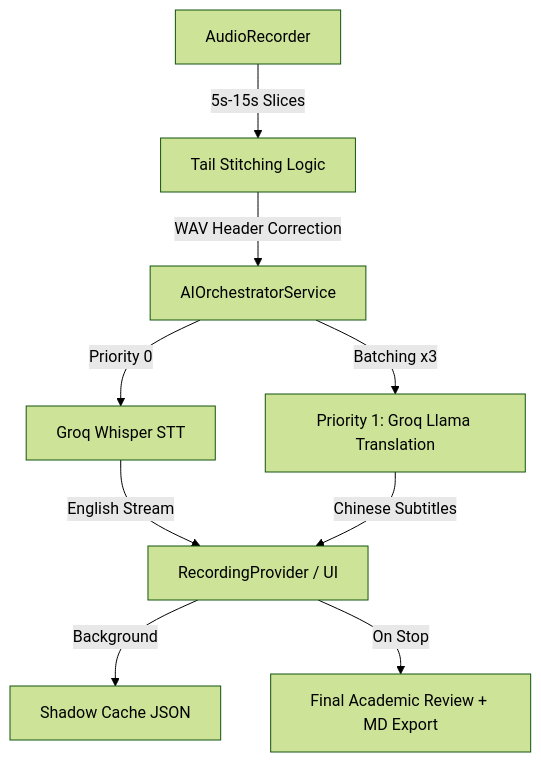
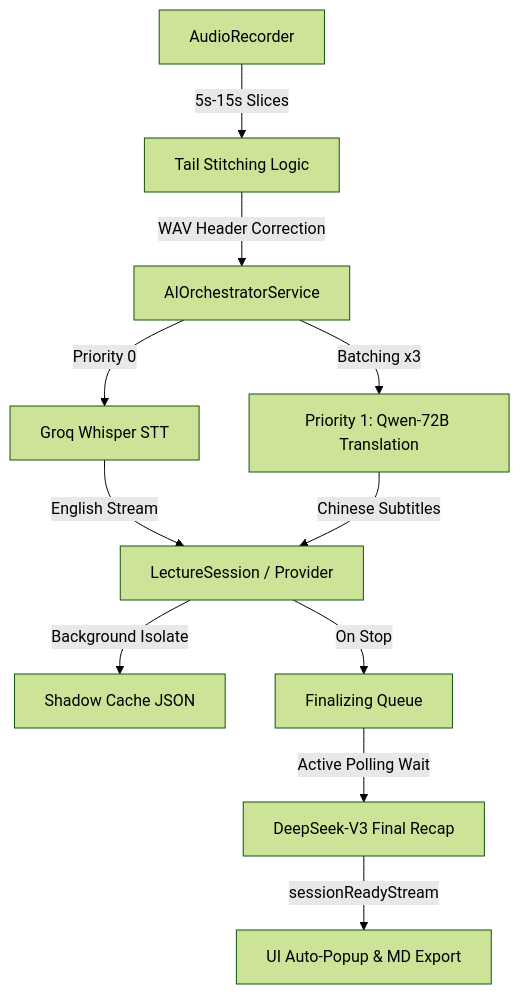
One commit to weiweicici/Jeff_notes changed the diagram in ARCHITECTURE.md. Above: the diagram before and after it, drawn with Mermaid (forest theme). The commit also changed other lines of this file and 27 other files, not shown here.

Commit message:
Final Polish: Triple-Core Architecture, Discussion Mode Bilingual Output, Translation Ghost-Fragment Deadlock Fix

````diff
--- a/ARCHITECTURE.md
+++ b/ARCHITECTURE.md
@@ -7,11 +7,13 @@
 ```mermaid
 graph TD
     A[AudioRecorder] -->|5s-15s Slices| B[Tail Stitching Logic]
     B -->|WAV Header Correction| C[AIOrchestratorService]
     C -->|Priority 0| D[Groq Whisper STT]
-    D -->|English Stream| E[RecordingProvider / UI]
-    C -->|Batching x3| F[Priority 1: Groq Llama Translation]
+    D -->|English Stream| E[LectureSession / Provider]
+    C -->|Batching x3| F[Priority 1: Qwen-72B Translation]
     F -->|Chinese Subtitles| E
-    E -->|Background| G[Shadow Cache JSON]
-    E -->|On Stop| H[Final Academic Review + MD Export]
+    E -->|Background Isolate| G[Shadow Cache JSON]
+    E -->|On Stop| H[Finalizing Queue]
+    H -->|Active Polling Wait| I[DeepSeek-V3 Final Recap]
+    I -->|sessionReadyStream| J[UI Auto-Popup & MD Export]
 ```
````
